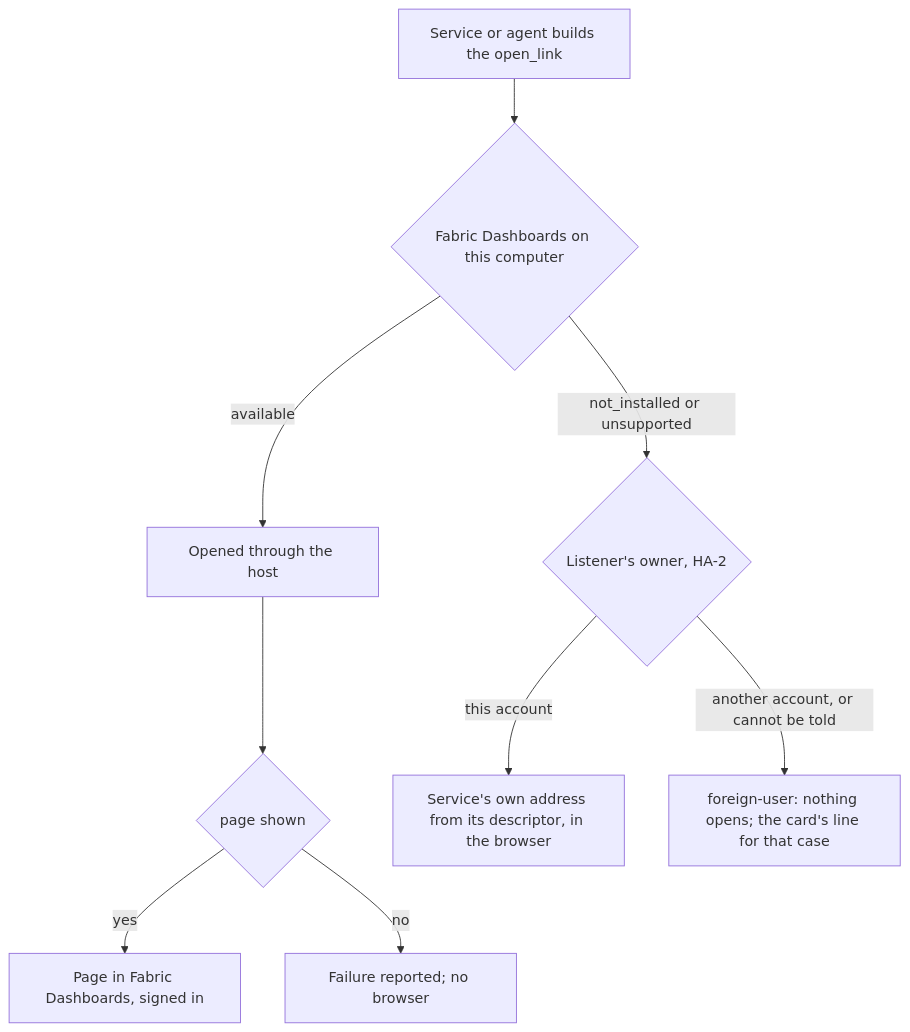
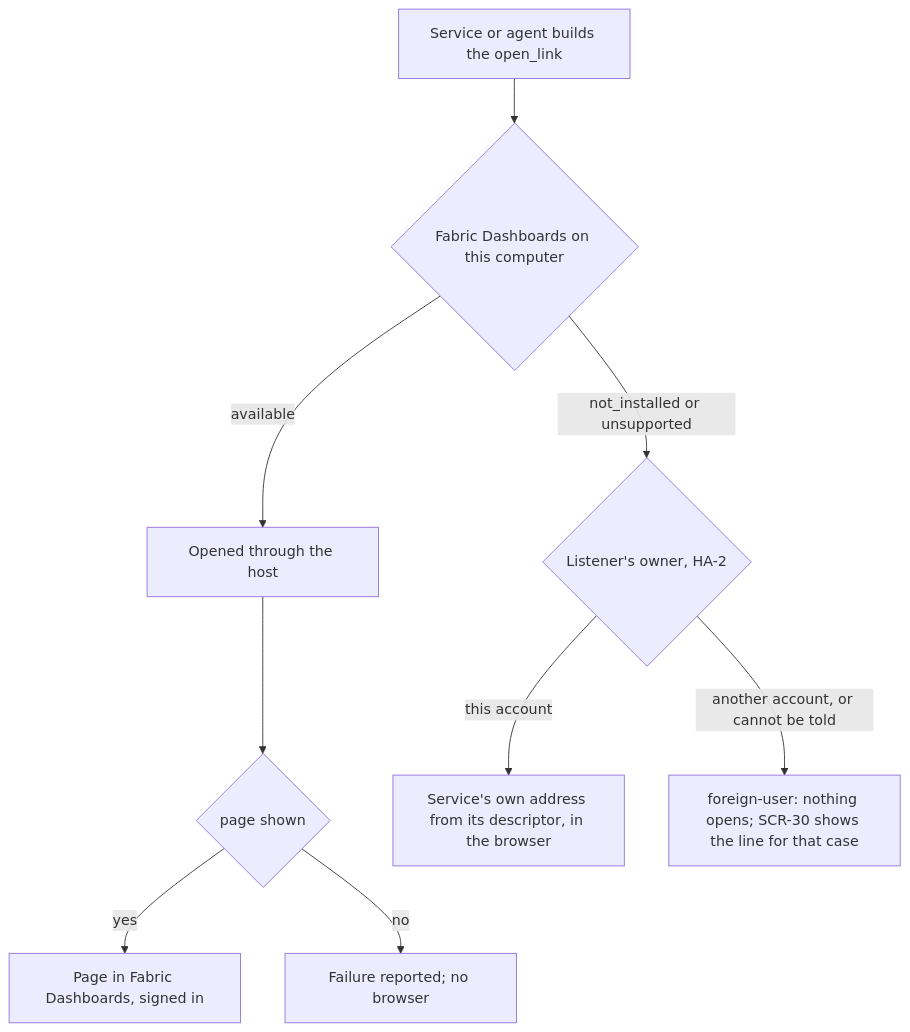
Diagram 30 of 34 in docs/ux/flows.md (passioncode-ai/fabric-agent-contract), drawn with Mermaid before and after one commit. The commit also changed 8 other files, not shown here.

First line of the commit message:
DEC-0154 round 7 seam: the app's claim after its liveness file; SCR-30's line

````diff
--- a/docs/ux/flows.md
+++ b/docs/ux/flows.md
@@ -778,11 +778,11 @@
 ```mermaid
 flowchart TD
   L[Service or agent builds the open_link] --> S{Fabric Dashboards on this computer}
   S -->|available| O[Opened through the host]
   O --> P{page shown}
   P -->|yes| D[Page in Fabric Dashboards, signed in]
   P -->|no| F[Failure reported; no browser]
   S -->|not_installed or unsupported| W{Listener's owner, HA-2}
   W -->|this account| B[Service's own address from its descriptor, in the browser]
-  W -->|another account, or cannot be told| N[foreign-user: nothing opens; the card's line for that case]
+  W -->|another account, or cannot be told| N[foreign-user: nothing opens; SCR-30 shows the line for that case]
 ```
````
